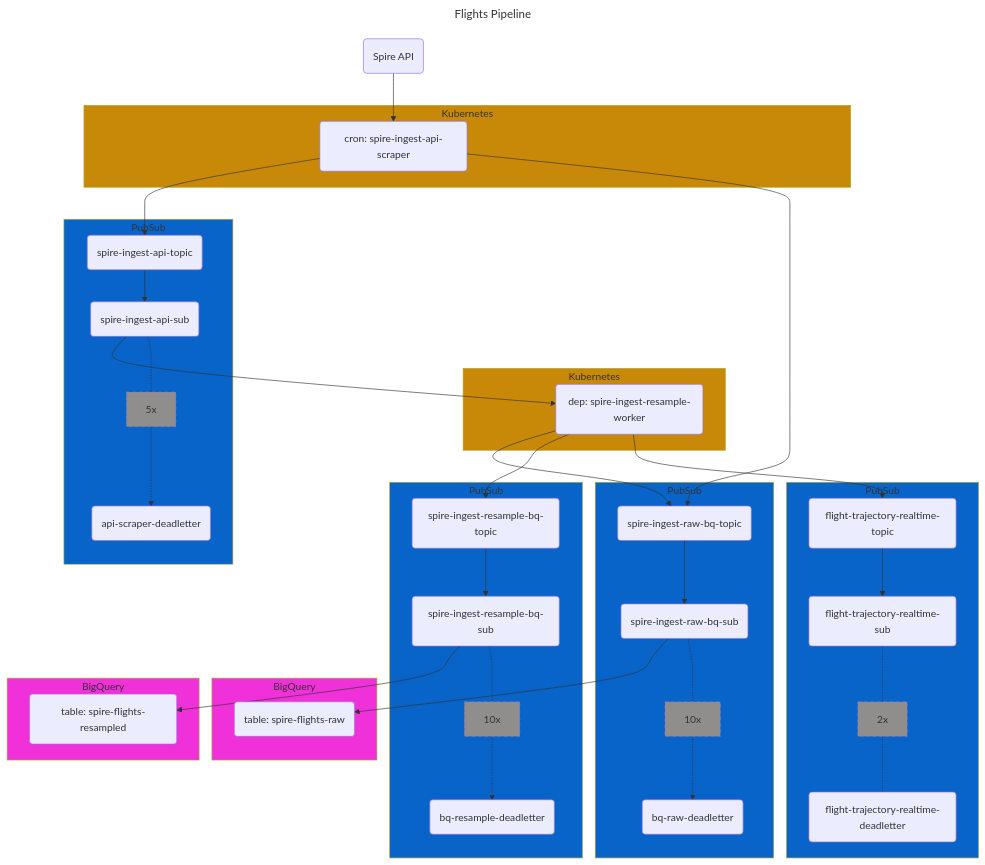
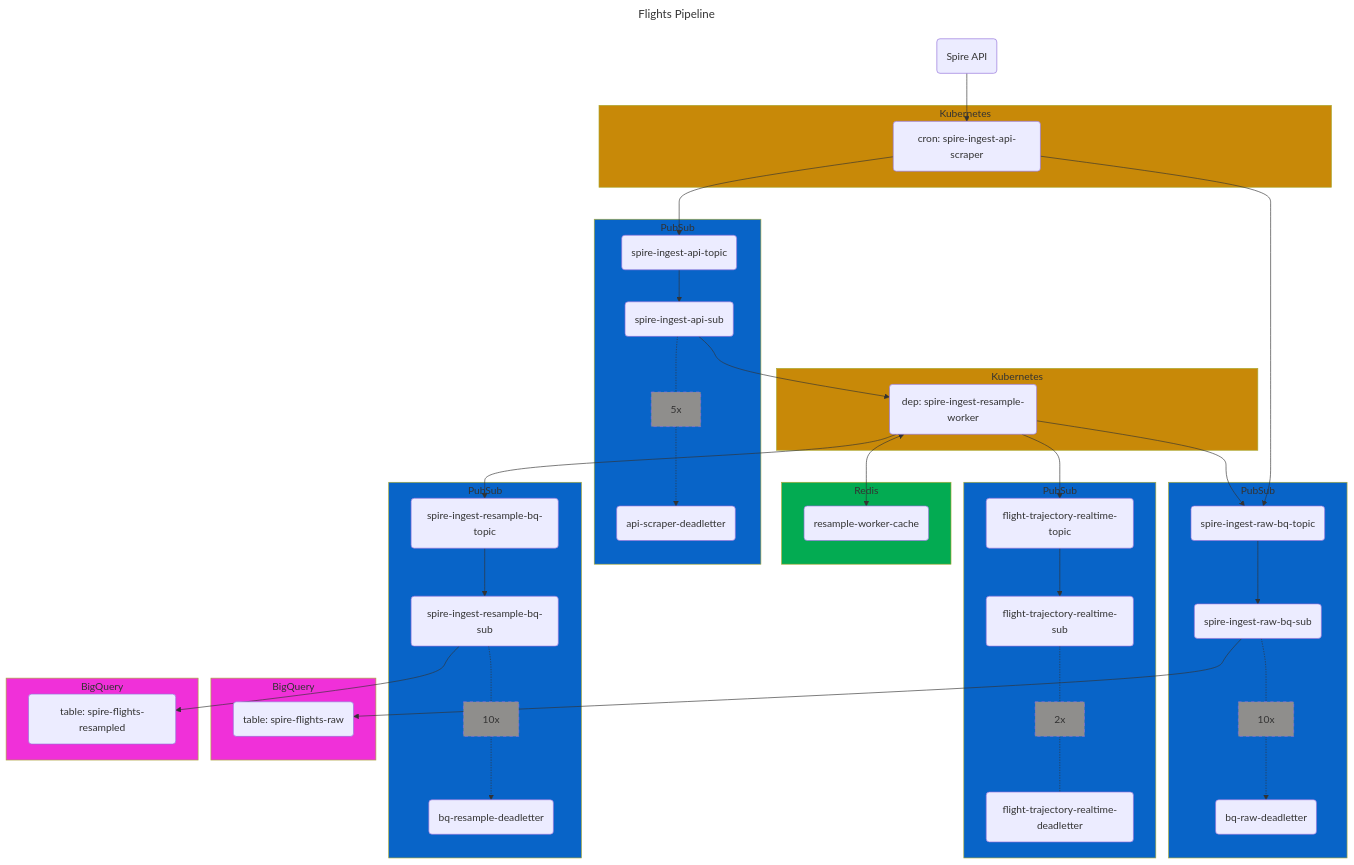
The diagram in README.md (contrailcirrus/flights-pipeline), drawn with Mermaid before and after one commit. The commit also changed 1 other file, not shown here.

Commit message:
update readmes; flow diag

```diff
--- a/README.md
+++ b/README.md
@@ -21,6 +21,10 @@
         spire_ingest_resample_worker(dep: spire-ingest-resample-worker)
     end
     style k8s_2 fill:#C88908
+    subgraph redis1[Redis]
+        resample_worker_cache(resample-worker-cache)
+    end
+    style redis1 fill:#03ab52
     subgraph pub_sub1[PubSub]
         spire_ingest_api_topic(spire-ingest-api-topic)
         spire_ingest_api_sub(spire-ingest-api-sub)
@@ -66,6 +70,7 @@
     spire_ingest_api_scraper --> spire_ingest_api_topic
     spire_ingest_api_scraper --> spire_ingest_raw_bq_topic
     spire_ingest_api_topic --> spire_ingest_api_sub
+    
     spire_ingest_api_sub --> spire_ingest_resample_worker
     spire_ingest_resample_worker --> spire_ingest_raw_bq_topic
     spire_ingest_resample_worker --> spire_ingest_resample_bq_topic
@@ -73,6 +78,8 @@
     spire_ingest_raw_bq_topic --> spire_ingest_raw_bq_sub
     spire_ingest_resample_bq_topic --> spire_ingest_resample_bq_sub
     flight_trajectory_rt_topic --> flight_trajectory_rt_sub
+    
+    spire_ingest_resample_worker <--> resample_worker_cache
     
     spire_ingest_raw_bq_sub --> spire_flights_raw_tb
     spire_ingest_resample_bq_sub --> spire_flights_resampled_tb
```
